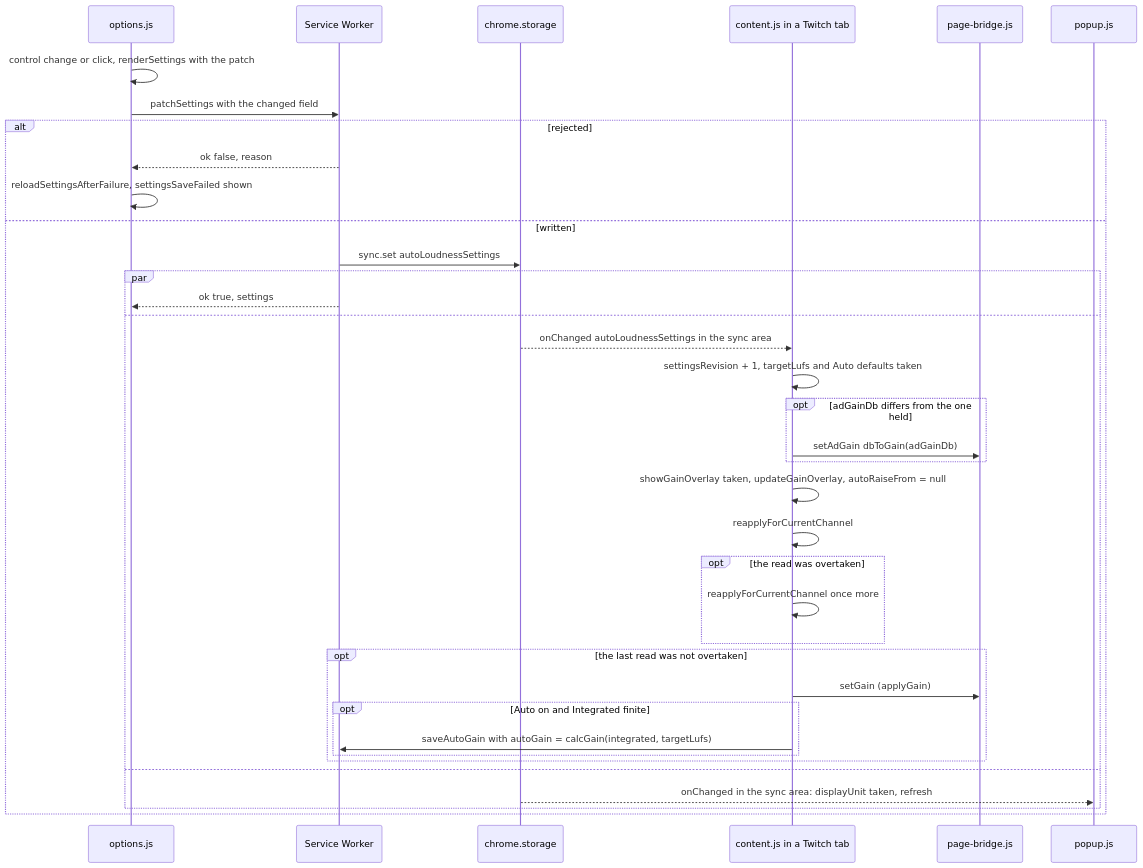
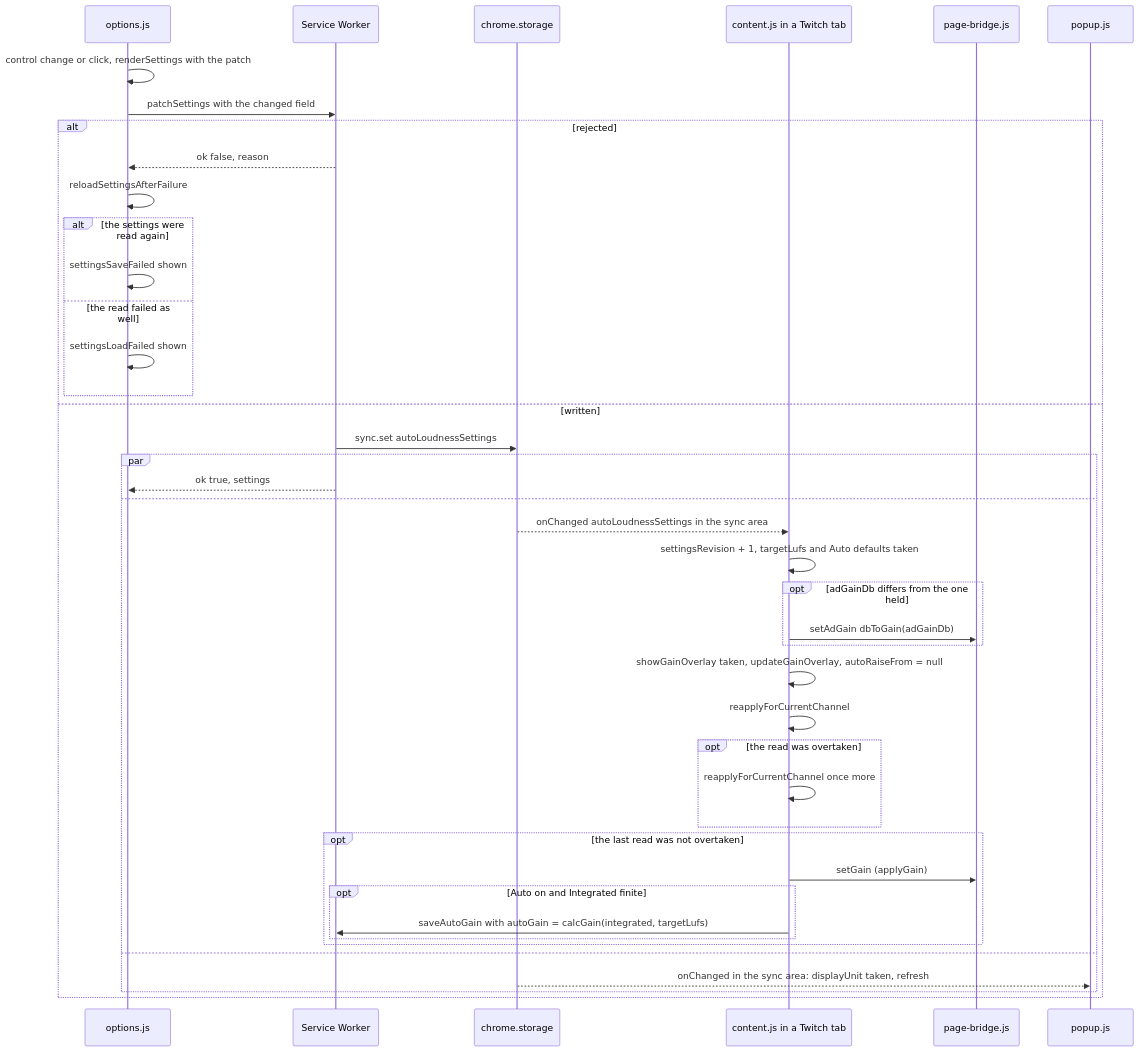
One commit to semnil/twitch-channel-volume changed diagram 13 of 17 in docs/gain-change-and-save.md. Above: the diagram before and after it, drawn with Mermaid. The commit also changed other lines of this file and 4 other files, not shown here.

First line of the commit message:
fix: ask for a reload where a failed settings save could not read back

````diff
--- a/docs/gain-change-and-save.md
+++ b/docs/gain-change-and-save.md
@@ -552,39 +552,44 @@
 ```mermaid
 sequenceDiagram
   participant options as options.js
   participant sw as Service Worker
   participant storage as chrome.storage
   participant content as content.js in a Twitch tab
   participant bridge as page-bridge.js
   participant popup as popup.js
   options->>options: control change or click, renderSettings with the patch
   options->>sw: patchSettings with the changed field
   alt rejected
     sw-->>options: ok false, reason
-    options->>options: reloadSettingsAfterFailure, settingsSaveFailed shown
+    options->>options: reloadSettingsAfterFailure
+    alt the settings were read again
+      options->>options: settingsSaveFailed shown
+    else the read failed as well
+      options->>options: settingsLoadFailed shown
+    end
   else written
     sw->>storage: sync.set autoLoudnessSettings
     par
       sw-->>options: ok true, settings
     and
       storage-->>content: onChanged autoLoudnessSettings in the sync area
       content->>content: settingsRevision + 1, targetLufs and Auto defaults taken
       opt adGainDb differs from the one held
         content->>bridge: setAdGain dbToGain(adGainDb)
       end
       content->>content: showGainOverlay taken, updateGainOverlay, autoRaiseFrom = null
       content->>content: reapplyForCurrentChannel
       opt the read was overtaken
         content->>content: reapplyForCurrentChannel once more
       end
       opt the last read was not overtaken
         content->>bridge: setGain (applyGain)
         opt Auto on and Integrated finite
           content->>sw: saveAutoGain with autoGain = calcGain(integrated, targetLufs)
         end
       end
     and
       storage-->>popup: onChanged in the sync area: displayUnit taken, refresh
     end
   end
 ```
````
